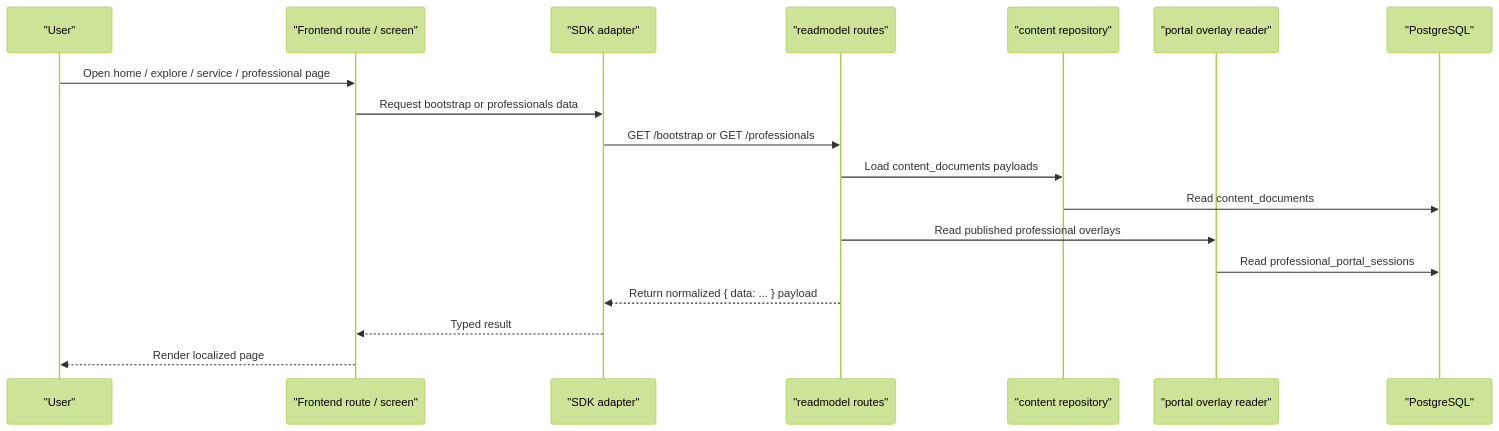
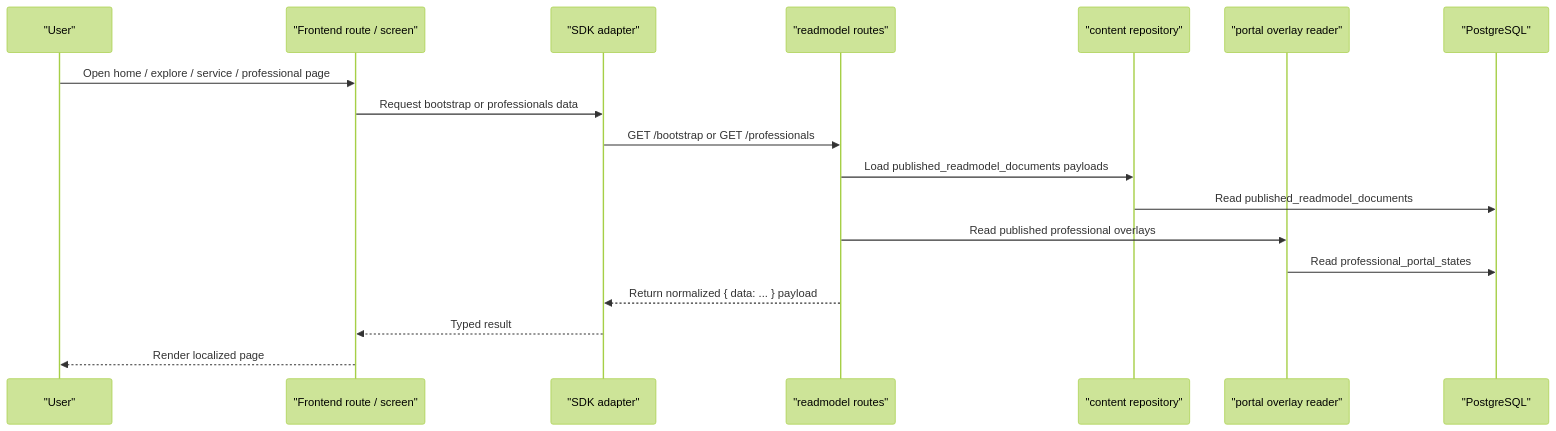
The sixth of 12 diagrams in docs/system-flow-diagrams.md (adyfk/bidanapp), drawn with Mermaid (forest theme) before and after one commit. The commit also changed other lines of this file and 164 other files, not shown here.

````diff
--- a/docs/system-flow-diagrams.md
+++ b/docs/system-flow-diagrams.md
@@ -189,21 +189,21 @@
 ```mermaid
 sequenceDiagram
   participant User as "User"
   participant FE as "Frontend route / screen"
   participant SDK as "SDK adapter"
   participant API as "readmodel routes"
   participant Repo as "content repository"
   participant Portal as "portal overlay reader"
   participant DB as "PostgreSQL"
 
   User->>FE: Open home / explore / service / professional page
   FE->>SDK: Request bootstrap or professionals data
   SDK->>API: GET /bootstrap or GET /professionals
-  API->>Repo: Load content_documents payloads
-  Repo->>DB: Read content_documents
+  API->>Repo: Load published_readmodel_documents payloads
+  Repo->>DB: Read published_readmodel_documents
   API->>Portal: Read published professional overlays
-  Portal->>DB: Read professional_portal_sessions
+  Portal->>DB: Read professional_portal_states
   API-->>SDK: Return normalized { data: ... } payload
   SDK-->>FE: Typed result
   FE-->>User: Render localized page
 ```
````
